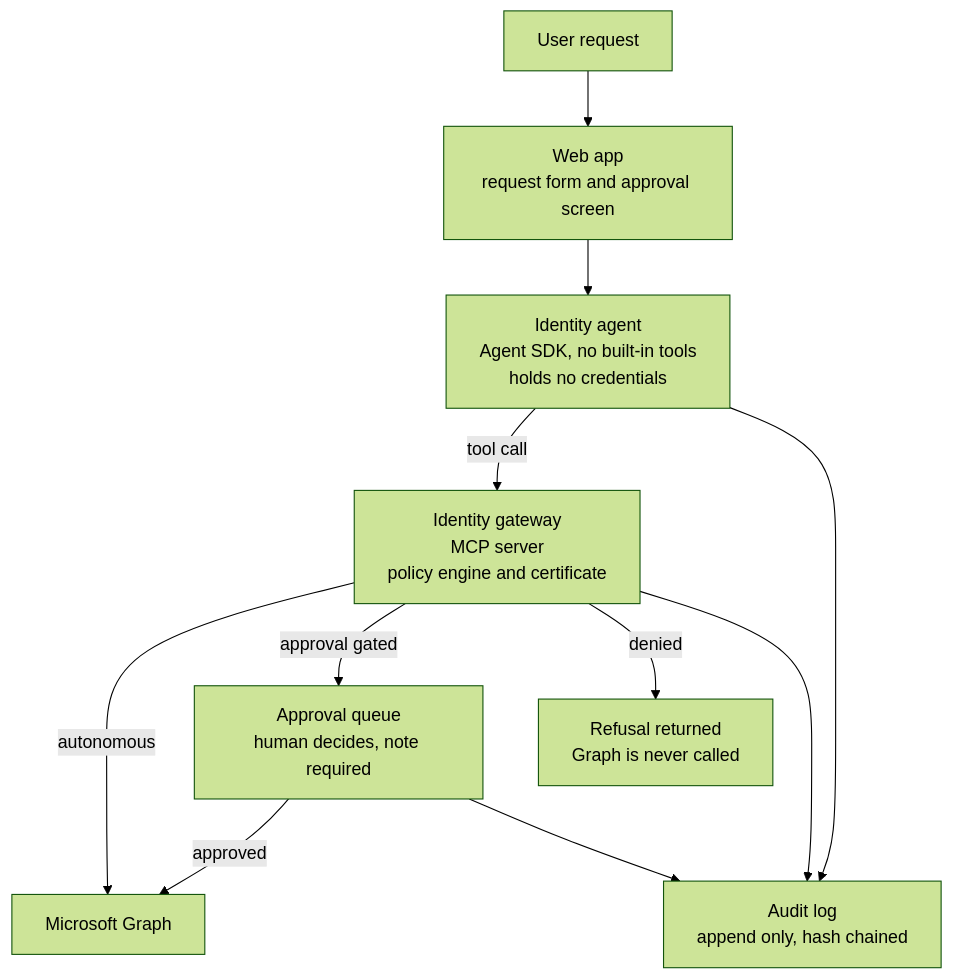
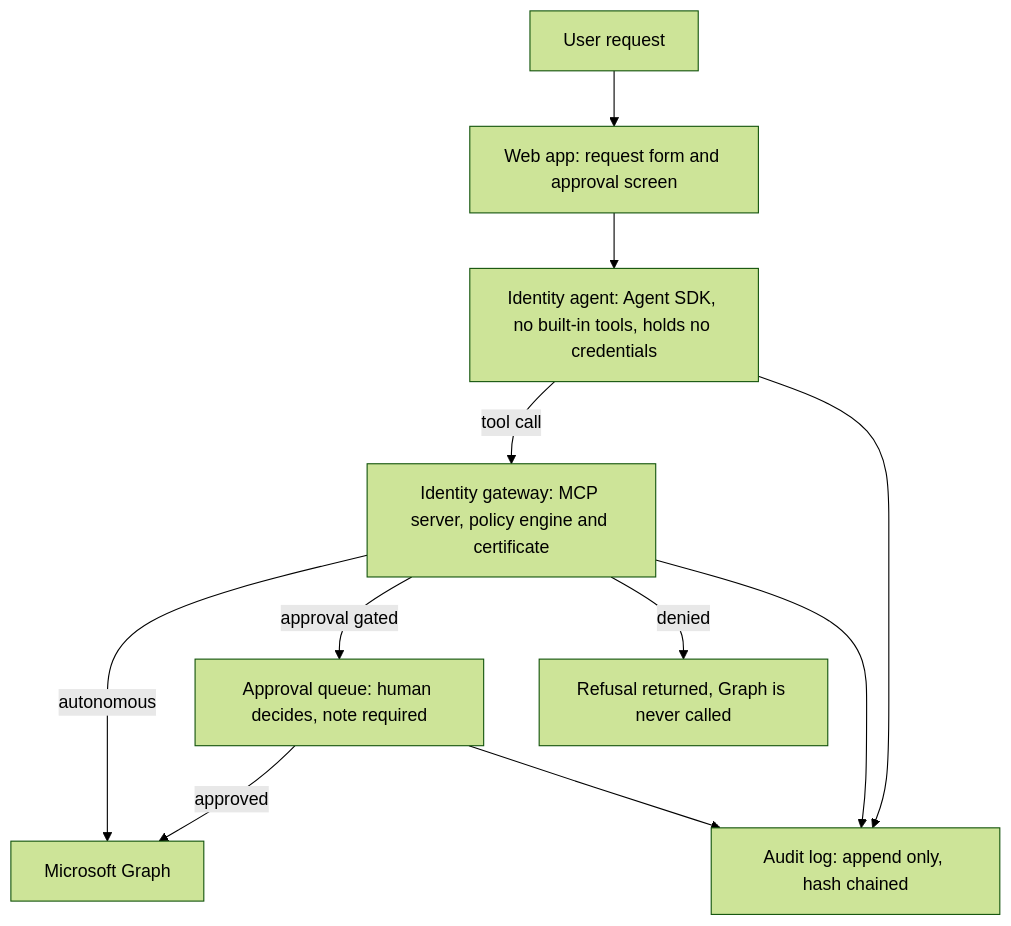
One commit to metehaninanc/scoped-agent-helpdesk changed the diagram in README.md. Above: the diagram before and after it, drawn with Mermaid (forest theme).

Commit message:
Refactor mermaid diagram for clarity and consistency

````diff
--- a/README.md
+++ b/README.md
@@ -25,15 +25,13 @@
 ```mermaid
 flowchart TD
-    U["User request"] --> W["Web app<br/>request form and approval screen"]
-    W --> A["Identity agent<br/>Agent SDK, no built-in tools<br/>holds no credentials"]
-    A -->|"tool call"| G["Identity gateway<br/>MCP server<br/>policy engine and certificate"]
-
+    U["User request"] --> W["Web app: request form and approval screen"]
+    W --> A["Identity agent: Agent SDK, no built-in tools, holds no credentials"]
+    A -->|"tool call"| G["Identity gateway: MCP server, policy engine and certificate"]
     G -->|"autonomous"| MG["Microsoft Graph"]
-    G -->|"approval gated"| Q["Approval queue<br/>human decides, note required"]
+    G -->|"approval gated"| Q["Approval queue: human decides, note required"]
     Q -->|"approved"| MG
-    G -->|"denied"| D["Refusal returned<br/>Graph is never called"]
-
-    A --> L["Audit log<br/>append only, hash chained"]
+    G -->|"denied"| D["Refusal returned, Graph is never called"]
+    A --> L["Audit log: append only, hash chained"]
     G --> L
     Q --> L
 ```
````
